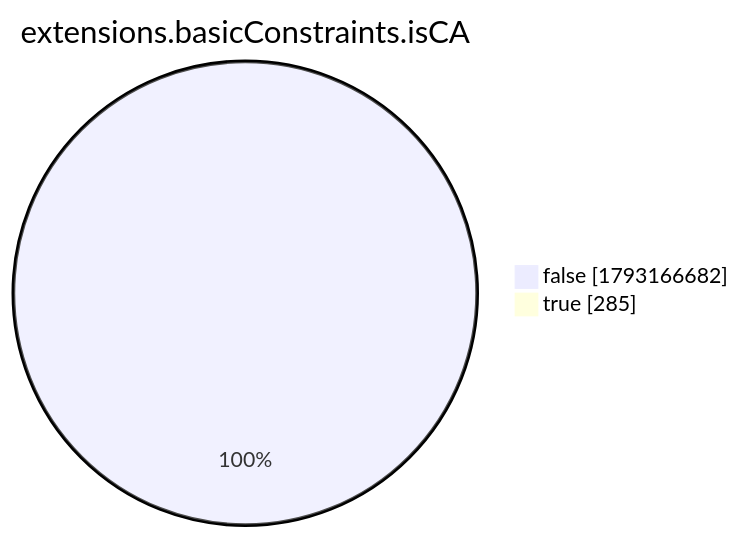
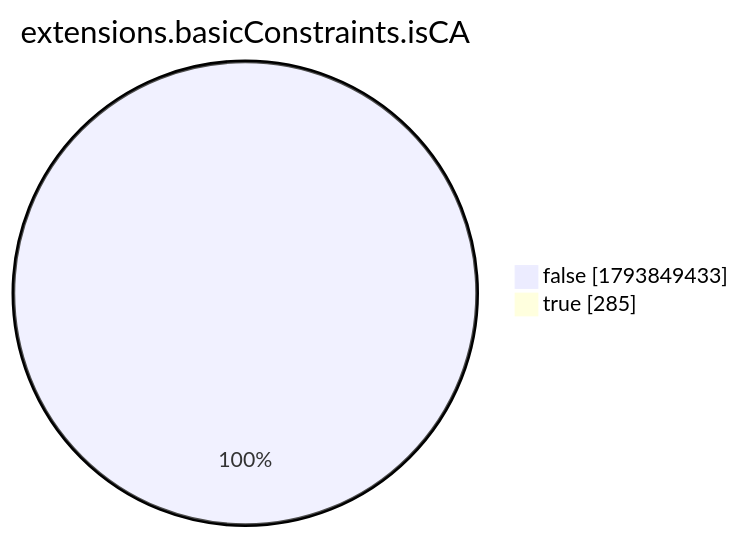
One commit to christiankrug/ctmonitor_visualization changed the eighth of 15 diagrams in xenon2022/README.md. Above: the diagram before and after it, drawn with Mermaid. The commit also changed other lines of this file, not shown here.

````diff
--- a/xenon2022/README.md
+++ b/xenon2022/README.md
@@ -2868,6 +2868,6 @@
 ```mermaid
 pie showData
 title extensions.basicConstraints.isCA
-"false" :1793166682
+"false" :1793849433
 "true" :285
 ```
````
